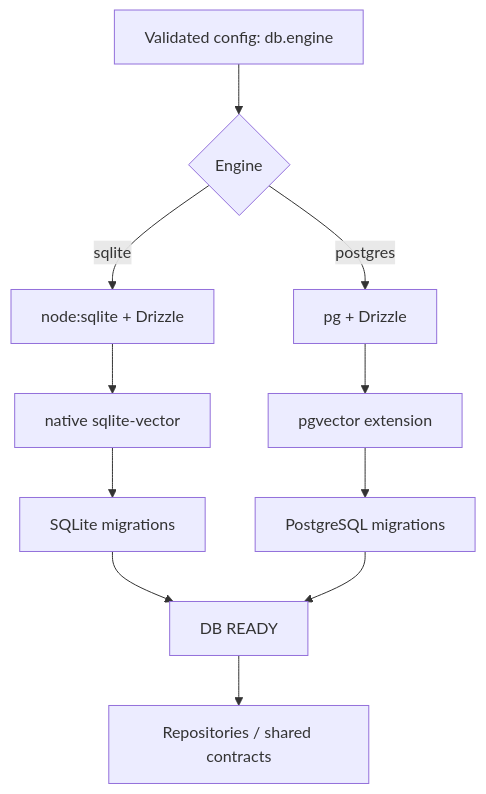
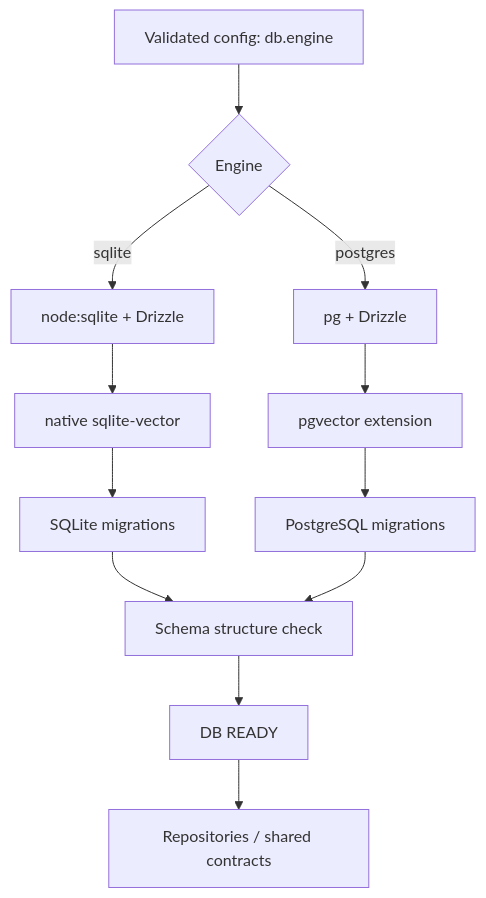
The diagram in docs/requirements/05-persistence.md (virgenherrera/lan-solution-template), drawn with Mermaid before and after one commit. The commit also changed other lines of this file and 64 other files, not shown here.

Commit message:
feat: persistence foundation (POC-3, DBM, schema gate, DBM-n) (#12)

````diff
--- a/docs/requirements/05-persistence.md
+++ b/docs/requirements/05-persistence.md
@@ -62,13 +65,14 @@
 ```mermaid
 flowchart TD
     Config["Validated config: db.engine"] --> Select{Engine}
     Select -->|sqlite| SQLite["node:sqlite + Drizzle"]
     Select -->|postgres| PG[pg + Drizzle]
     SQLite --> SV[native sqlite-vector]
     PG --> PV[pgvector extension]
     SV --> SM[SQLite migrations]
     PV --> PM[PostgreSQL migrations]
-    SM --> Ready[DB READY]
-    PM --> Ready
+    SM --> SC[Schema structure check]
+    PM --> SC
+    SC --> Ready[DB READY]
     Ready --> Contracts["Repositories / shared contracts"]
 ```
````
